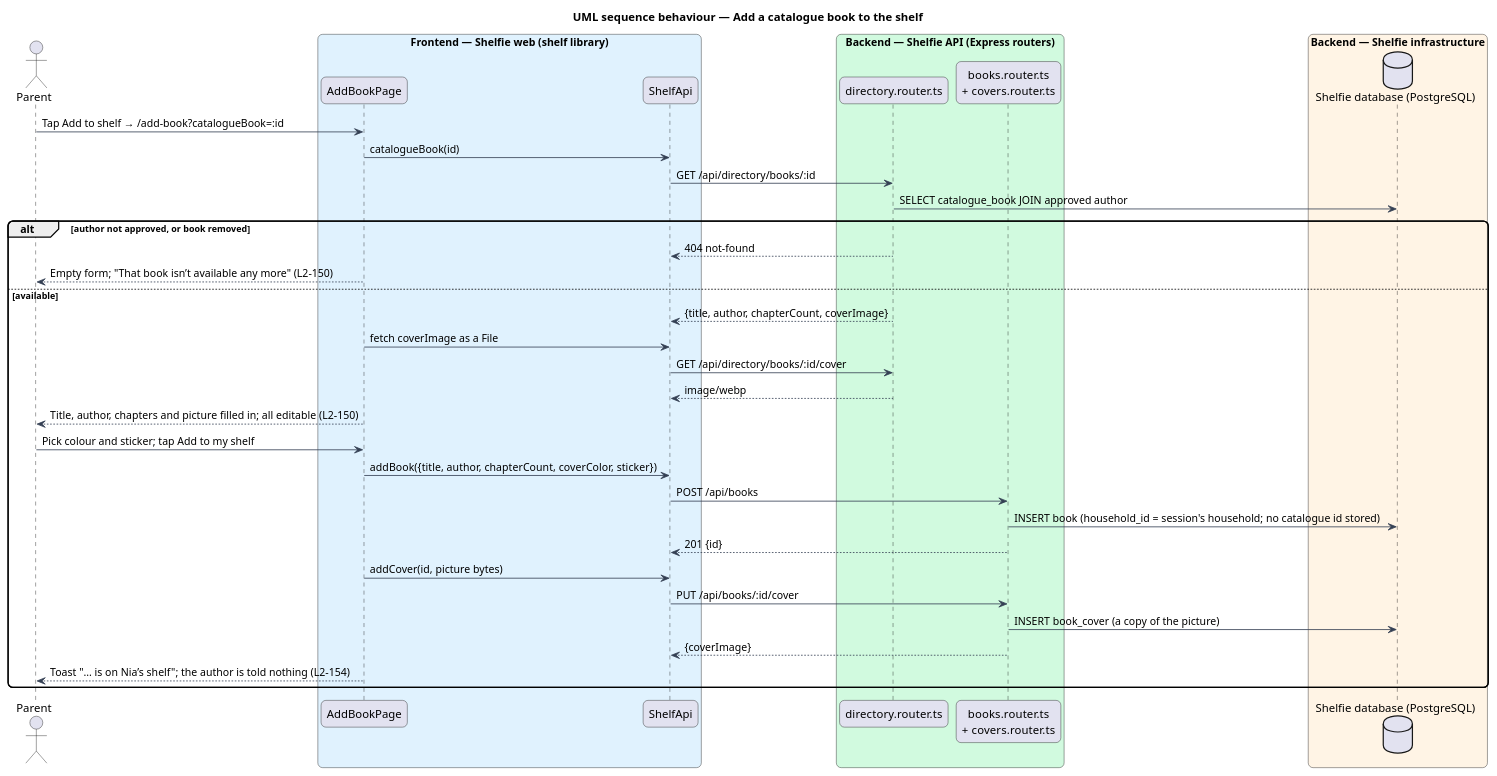
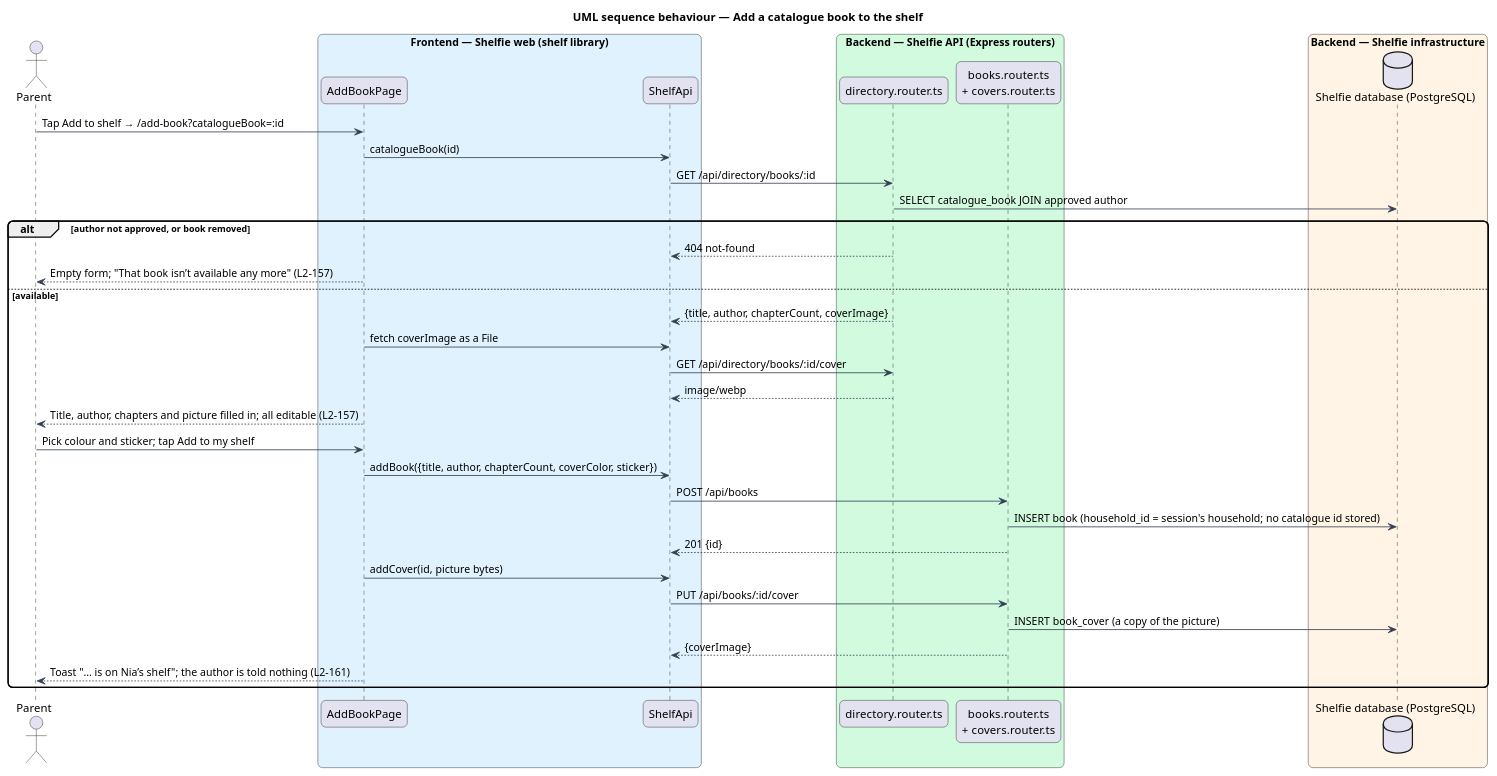
The diagram in docs/detailed-designs/directory/browse-directory/diagrams/sequence-add-to-shelf.puml (QuinntyneBrown/shelfie), drawn with PlantUML before and after one commit. The commit also changed 125 other files, not shown here.

```diff
--- a/docs/detailed-designs/directory/browse-directory/diagrams/sequence-add-to-shelf.puml
+++ b/docs/detailed-designs/directory/browse-directory/diagrams/sequence-add-to-shelf.puml
@@ -1,45 +1,45 @@
 @startuml
 title UML sequence behaviour — Add a catalogue book to the shelf
 skinparam backgroundColor #FFFFFF
 skinparam shadowing false
 skinparam roundcorner 12
 skinparam defaultFontName Arial
 skinparam ArrowColor #344054
 actor "Parent" as parent
 box "Frontend — Shelfie web (shelf library)" #E0F2FE
   participant "AddBookPage" as page
   participant "ShelfApi" as client
 end box
 box "Backend — Shelfie API (Express routers)" #D1FADF
   participant "directory.router.ts" as directory
   participant "books.router.ts\n+ covers.router.ts" as books
 end box
 box "Backend — Shelfie infrastructure" #FFF4E5
   database "Shelfie database (PostgreSQL)" as db
 end box
 
 parent -> page : Tap Add to shelf → /add-book?catalogueBook=:id
 page -> client : catalogueBook(id)
 client -> directory : GET /api/directory/books/:id
 directory -> db : SELECT catalogue_book JOIN approved author
 alt author not approved, or book removed
   directory --> client : 404 not-found
-  page --> parent : Empty form; "That book isn’t available any more" (L2-150)
+  page --> parent : Empty form; "That book isn’t available any more" (L2-157)
 else available
   directory --> client : {title, author, chapterCount, coverImage}
   page -> client : fetch coverImage as a File
   client -> directory : GET /api/directory/books/:id/cover
   directory --> client : image/webp
-  page --> parent : Title, author, chapters and picture filled in; all editable (L2-150)
+  page --> parent : Title, author, chapters and picture filled in; all editable (L2-157)
   parent -> page : Pick colour and sticker; tap Add to my shelf
   page -> client : addBook({title, author, chapterCount, coverColor, sticker})
   client -> books : POST /api/books
   books -> db : INSERT book (household_id = session's household; no catalogue id stored)
   books --> client : 201 {id}
   page -> client : addCover(id, picture bytes)
   client -> books : PUT /api/books/:id/cover
   books -> db : INSERT book_cover (a copy of the picture)
   books --> client : {coverImage}
-  page --> parent : Toast "… is on Nia’s shelf"; the author is told nothing (L2-154)
+  page --> parent : Toast "… is on Nia’s shelf"; the author is told nothing (L2-161)
 end
 @enduml
```
